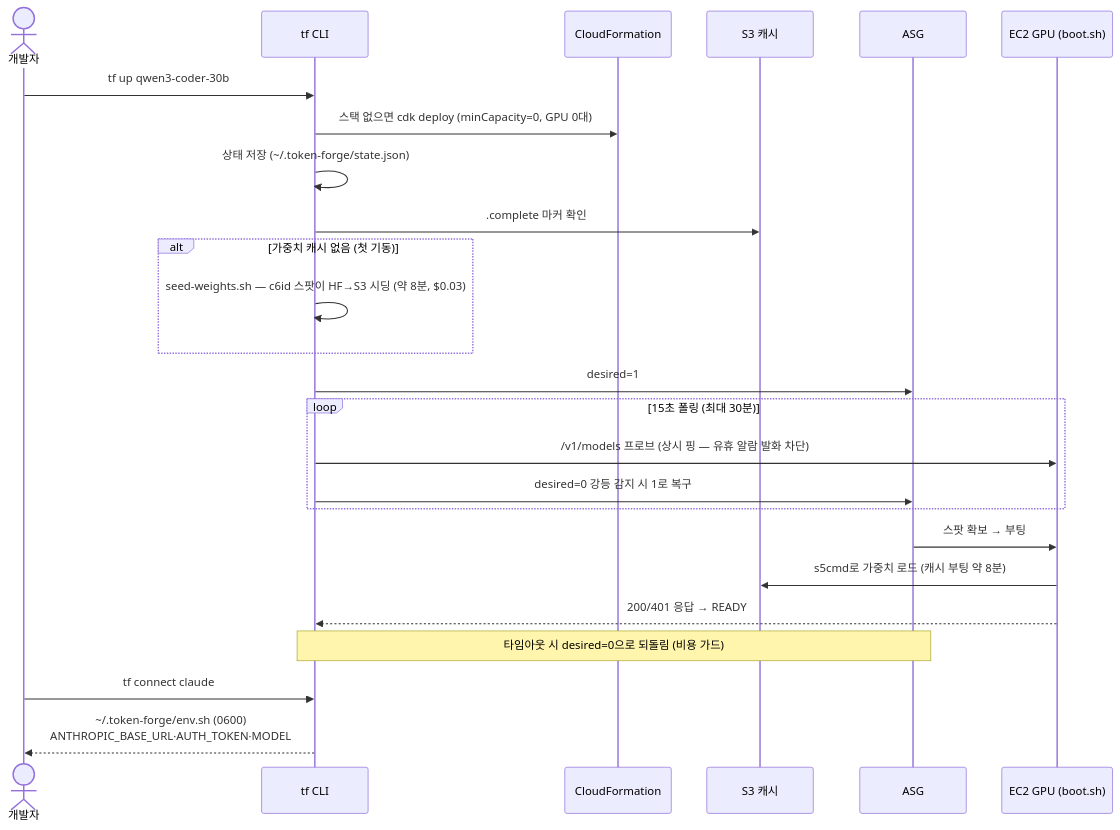
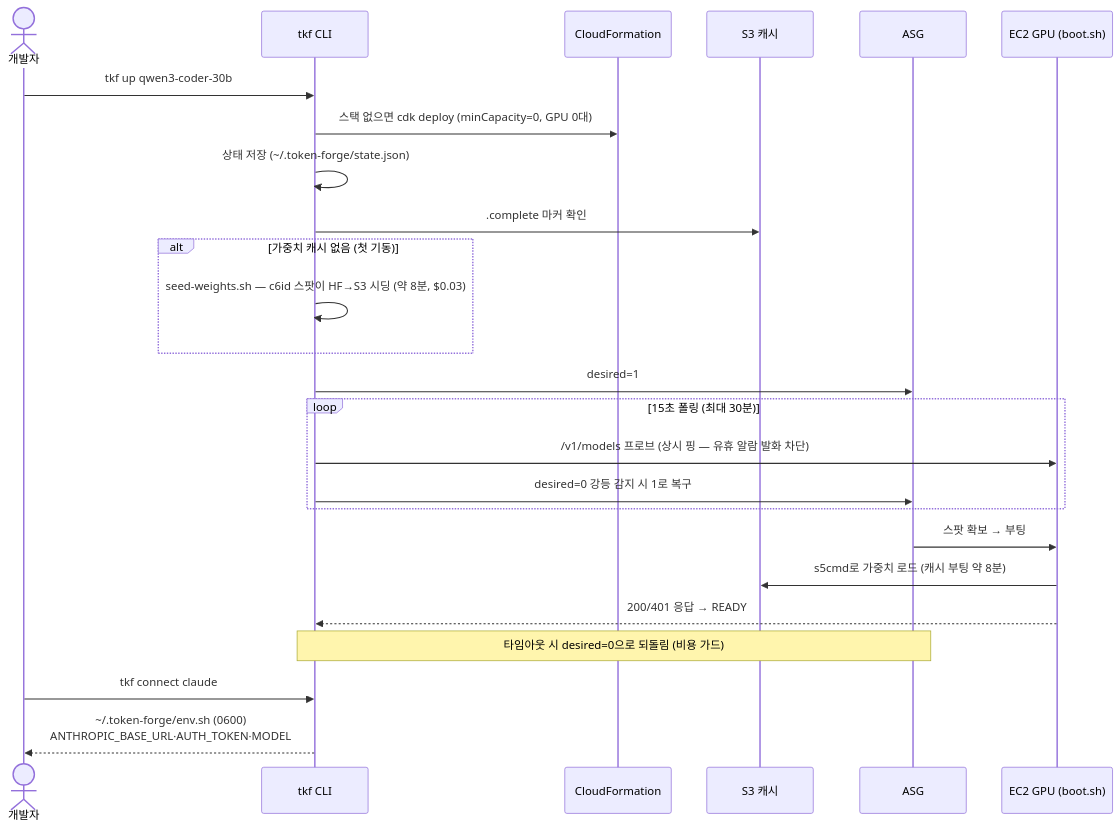
One commit to roboco-io/token-forge changed the third of 6 diagrams in docs/architecture.md. Above: the diagram before and after it, drawn with Mermaid. The commit also changed other lines of this file and 33 other files, not shown here.

First line of the commit message:
feat: tkf CLI 2단계 — R10 배치 엔진 + 리전 간 병렬 레이스 (tf→tkf 개명 포함) (#19)

````diff
--- a/docs/architecture.md
+++ b/docs/architecture.md
@@ -108,28 +108,28 @@
 ```mermaid
 sequenceDiagram
     actor Dev as 개발자
-    participant CLI as tf CLI
+    participant CLI as tkf CLI
     participant CFN as CloudFormation
     participant S3 as S3 캐시
     participant ASG as ASG
     participant GPU as EC2 GPU (boot.sh)
 
-    Dev->>CLI: tf up qwen3-coder-30b
+    Dev->>CLI: tkf up qwen3-coder-30b
     CLI->>CFN: 스택 없으면 cdk deploy (minCapacity=0, GPU 0대)
     CLI->>CLI: 상태 저장 (~/.token-forge/state.json)
     CLI->>S3: .complete 마커 확인
     alt 가중치 캐시 없음 (첫 기동)
         CLI->>CLI: seed-weights.sh — c6id 스팟이 HF→S3 시딩 (약 8분, $0.03)
     end
     CLI->>ASG: desired=1
     loop 15초 폴링 (최대 30분)
         CLI->>GPU: /v1/models 프로브 (상시 핑 — 유휴 알람 발화 차단)
         CLI->>ASG: desired=0 강등 감지 시 1로 복구
     end
     ASG->>GPU: 스팟 확보 → 부팅
     GPU->>S3: s5cmd로 가중치 로드 (캐시 부팅 약 8분)
     GPU-->>CLI: 200/401 응답 → READY
     Note over CLI,ASG: 타임아웃 시 desired=0으로 되돌림 (비용 가드)
-    Dev->>CLI: tf connect claude
+    Dev->>CLI: tkf connect claude
     CLI-->>Dev: ~/.token-forge/env.sh (0600)<br/>ANTHROPIC_BASE_URL·AUTH_TOKEN·MODEL
 ```
````
